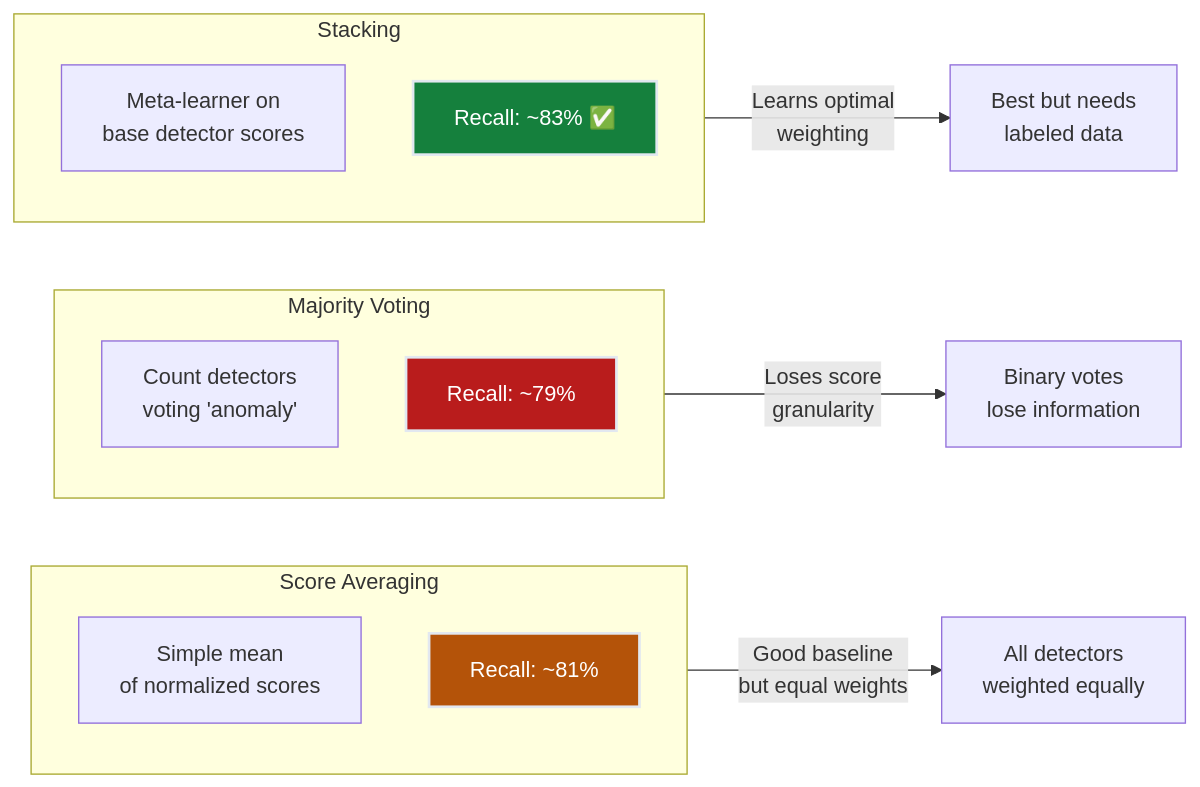
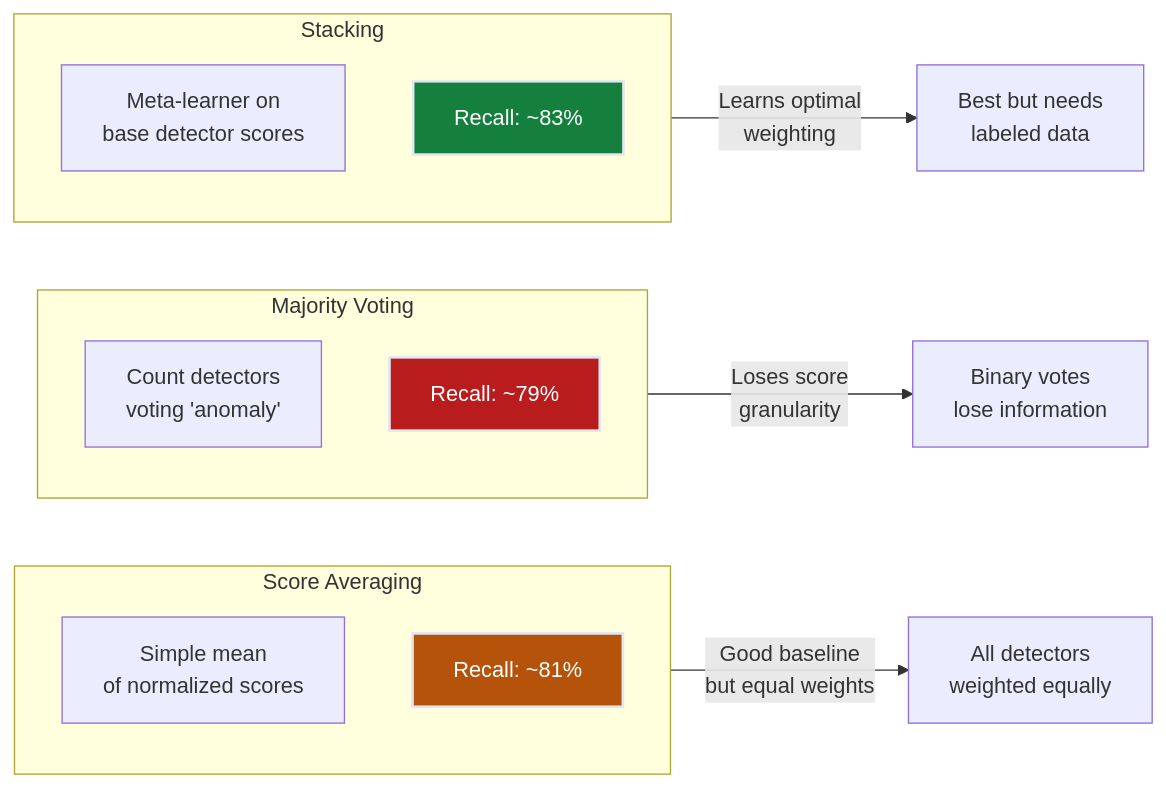
The third of 4 diagrams in notes/ML/05-AnomalyDetection/ch05-ensemble-anomaly/README.md (deepakshamsft/ai-portfolio), drawn with Mermaid before and after one commit. The commit also changed other lines of this file and 50 other files, not shown here.

````diff
--- a/notes/ML/05-AnomalyDetection/ch05-ensemble-anomaly/README.md
+++ b/notes/ML/05-AnomalyDetection/ch05-ensemble-anomaly/README.md
@@ -269,23 +269,23 @@
 ```mermaid
 flowchart LR
     subgraph AVG["Score Averaging"]
         A1["Simple mean\nof normalized scores"]
         A2["Recall: ~81%"]
     end
     subgraph VOTE["Majority Voting"]
         V1["Count detectors\nvoting 'anomaly'"]
         V2["Recall: ~79%"]
     end
     subgraph STACK["Stacking"]
         S1["Meta-learner on\nbase detector scores"]
-        S2["Recall: ~83% ✅"]
+        S2["Recall: ~83%"]
     end
 
     AVG -->|"Good baseline\nbut equal weights"| NOTE1["All detectors\nweighted equally"]
     VOTE -->|"Loses score\ngranularity"| NOTE2["Binary votes\nlose information"]
     STACK -->|"Learns optimal\nweighting"| NOTE3["Best but needs\nlabeled data"]
 
     style A2 fill:#b45309,stroke:#e2e8f0,stroke-width:2px,color:#ffffff
     style V2 fill:#b91c1c,stroke:#e2e8f0,stroke-width:2px,color:#ffffff
     style S2 fill:#15803d,stroke:#e2e8f0,stroke-width:2px,color:#ffffff
 ```
````
